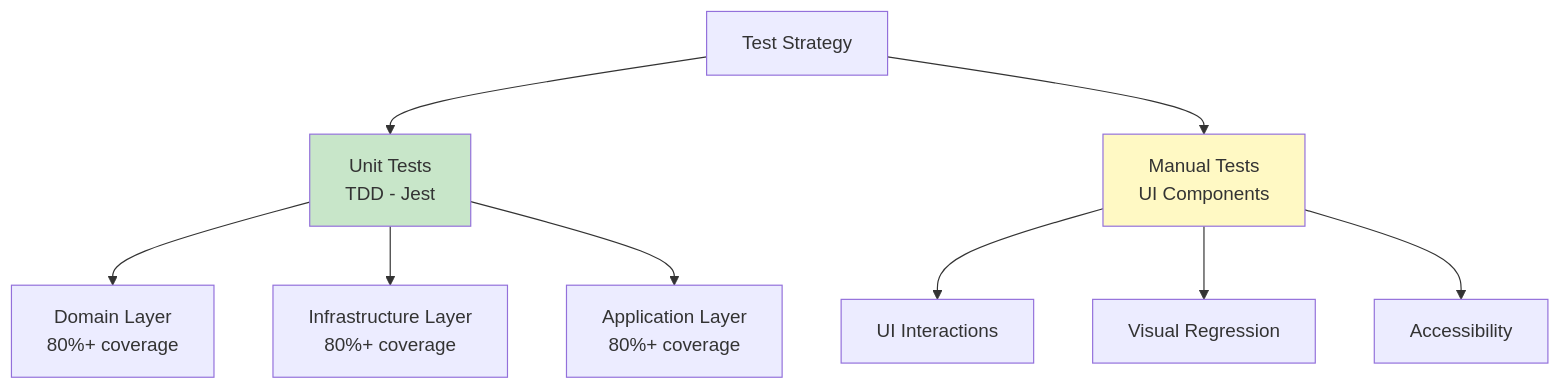
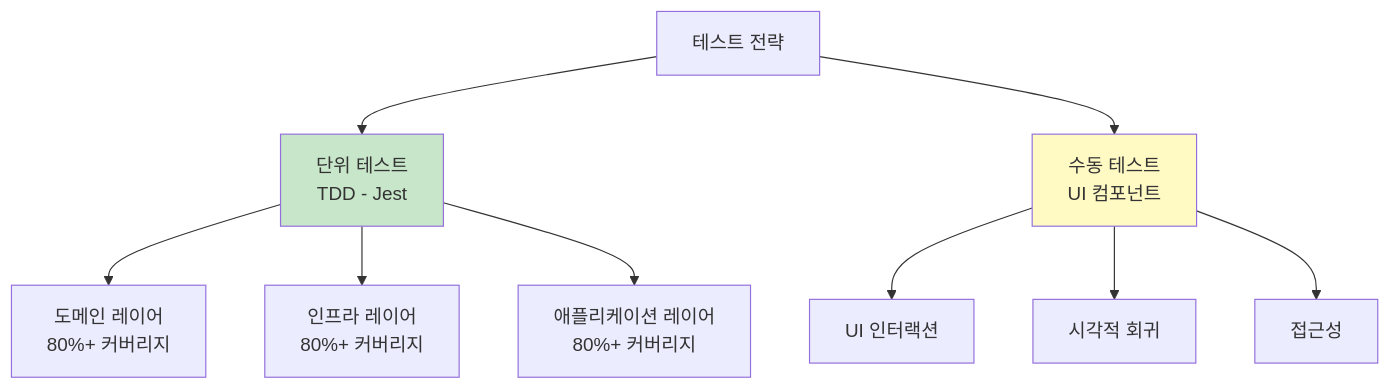
The fifth of 5 diagrams in README.md (megaTRX/calculator), drawn with Mermaid before and after one commit. The commit also changed other lines of this file, not shown here.

````diff
--- a/README.md
+++ b/README.md
@@ -437,16 +437,16 @@
 ```mermaid
 graph TD
-    A[Test Strategy] --> B[Unit Tests<br/>TDD - Jest]
-    A --> C[Manual Tests<br/>UI Components]
+    A[테스트 전략] --> B[단위 테스트<br/>TDD - Jest]
+    A --> C[수동 테스트<br/>UI 컴포넌트]
     
-    B --> D[Domain Layer<br/>80%+ coverage]
-    B --> E[Infrastructure Layer<br/>80%+ coverage]
-    B --> F[Application Layer<br/>80%+ coverage]
+    B --> D[도메인 레이어<br/>80%+ 커버리지]
+    B --> E[인프라 레이어<br/>80%+ 커버리지]
+    B --> F[애플리케이션 레이어<br/>80%+ 커버리지]
     
-    C --> G[UI Interactions]
-    C --> H[Visual Regression]
-    C --> I[Accessibility]
+    C --> G[UI 인터랙션]
+    C --> H[시각적 회귀]
+    C --> I[접근성]
     
     style B fill:#c8e6c9
     style C fill:#fff9c4
 ```
````
